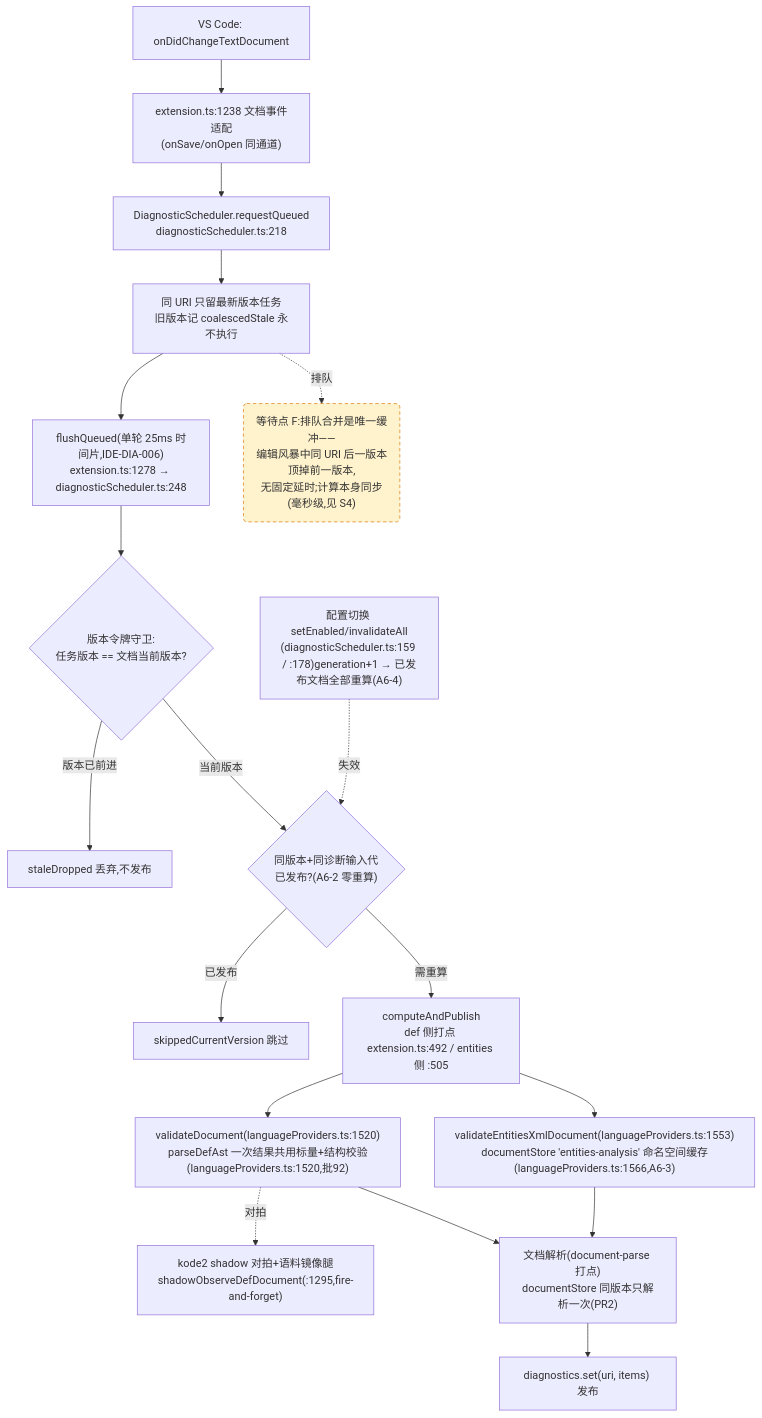
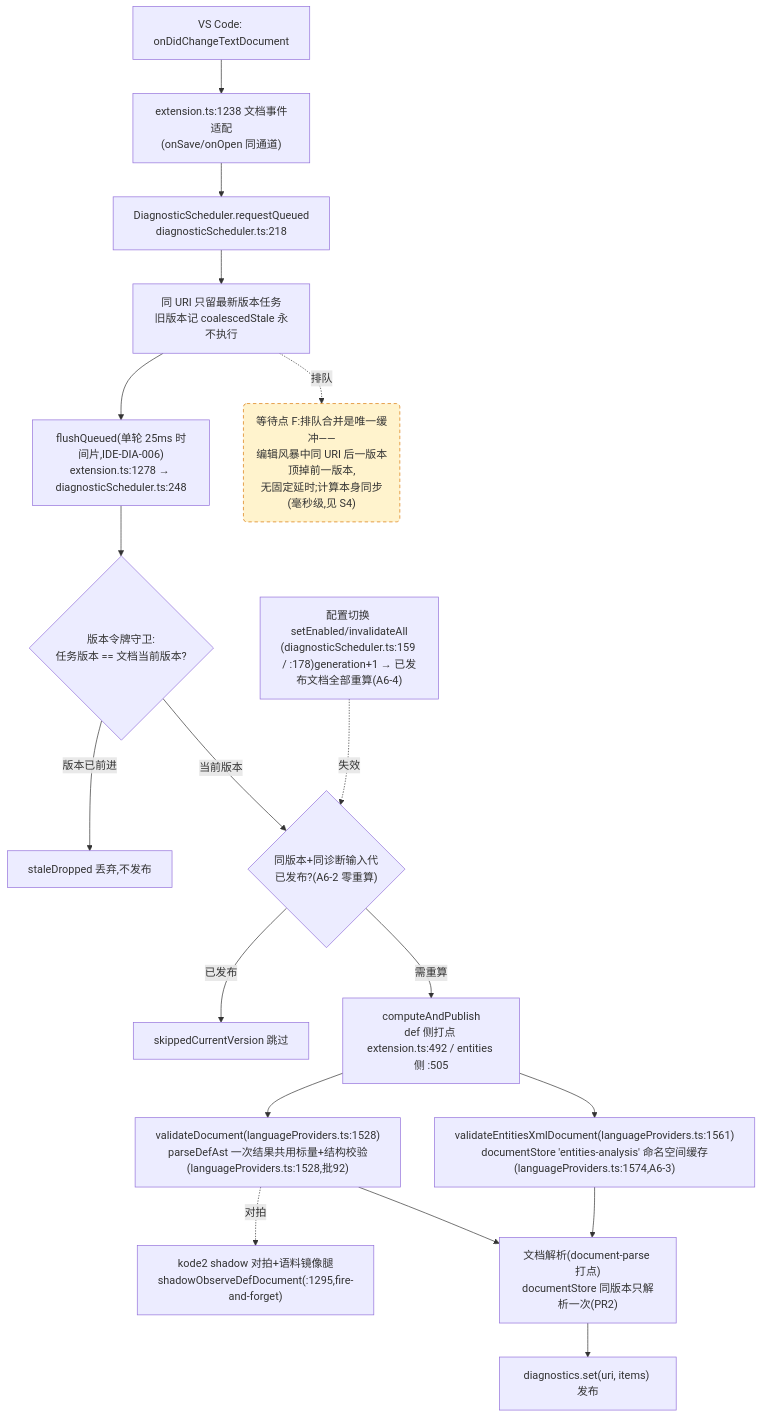
The fourth of 4 diagrams in docs/perf/2026-baseline.md (cuihairu/kode), drawn with Mermaid before and after one commit. The commit also changed other lines of this file and 4 other files, not shown here.

````diff
--- a/docs/perf/2026-baseline.md
+++ b/docs/perf/2026-baseline.md
@@ -214,38 +214,38 @@
 ```mermaid
 flowchart TD
   CHG["VS Code: onDidChangeTextDocument"]
   WATCH["extension.ts:1238 文档事件适配<br/>(onSave/onOpen 同通道)"]
   RQ["DiagnosticScheduler.requestQueued<br/>diagnosticScheduler.ts:218"]
   CO["同 URI 只留最新版本任务<br/>旧版本记 coalescedStale 永不执行"]
   FL["flushQueued(单轮 25ms 时间片,IDE-DIA-006)<br/>extension.ts:1278 → diagnosticScheduler.ts:248"]
   VG{"版本令牌守卫:<br/>任务版本 == 文档当前版本?"}
   DROP["staleDropped 丢弃,不发布"]
   GEN{"同版本+同诊断输入代<br/>已发布?(A6-2 零重算)"}
   SKIP["skippedCurrentVersion 跳过"]
   CALC["computeAndPublish<br/>def 侧打点 extension.ts:492 / entities 侧 :505"]
-  VD["validateDocument(languageProviders.ts:1520)<br/>parseDefAst 一次结果共用标量+结构校验(languageProviders.ts:1520,批92)"]
-  VEX["validateEntitiesXmlDocument(languageProviders.ts:1553)<br/>documentStore 'entities-analysis' 命名空间缓存(languageProviders.ts:1566,A6-3)"]
+  VD["validateDocument(languageProviders.ts:1528)<br/>parseDefAst 一次结果共用标量+结构校验(languageProviders.ts:1528,批92)"]
+  VEX["validateEntitiesXmlDocument(languageProviders.ts:1561)<br/>documentStore 'entities-analysis' 命名空间缓存(languageProviders.ts:1574,A6-3)"]
   SHDD["kode2 shadow 对拍+语料镜像腿<br/>shadowObserveDefDocument(:1295,fire-and-forget)"]
   DS["文档解析(document-parse 打点)<br/>documentStore 同版本只解析一次(PR2)"]
   PUB["diagnostics.set(uri, items) 发布"]
   CFG2["配置切换 setEnabled/invalidateAll<br/>(diagnosticScheduler.ts:159 / :178)generation+1 → 已发布文档全部重算(A6-4)"]
 
   CHG --> WATCH --> RQ --> CO --> FL --> VG
   VG -- "版本已前进" --> DROP
   VG -- "当前版本" --> GEN
   GEN -- "已发布" --> SKIP
   GEN -- "需重算" --> CALC
   CALC --> VD
   CALC --> VEX
   VD --> DS
   VEX --> DS
   DS --> PUB
   VD -.->|对拍| SHDD
   CFG2 -.->|失效| GEN
 
   WAITF("等待点 F:排队合并是唯一缓冲——<br/>编辑风暴中同 URI 后一版本顶掉前一版本,<br/>无固定延时;计算本身同步(毫秒级,见 S4)")
   CO -.->|排队| WAITF
 
   classDef waitPoint fill:#fff3cd,stroke:#d97706,stroke-dasharray:5 4;
   class WAITF waitPoint;
 ```
````
